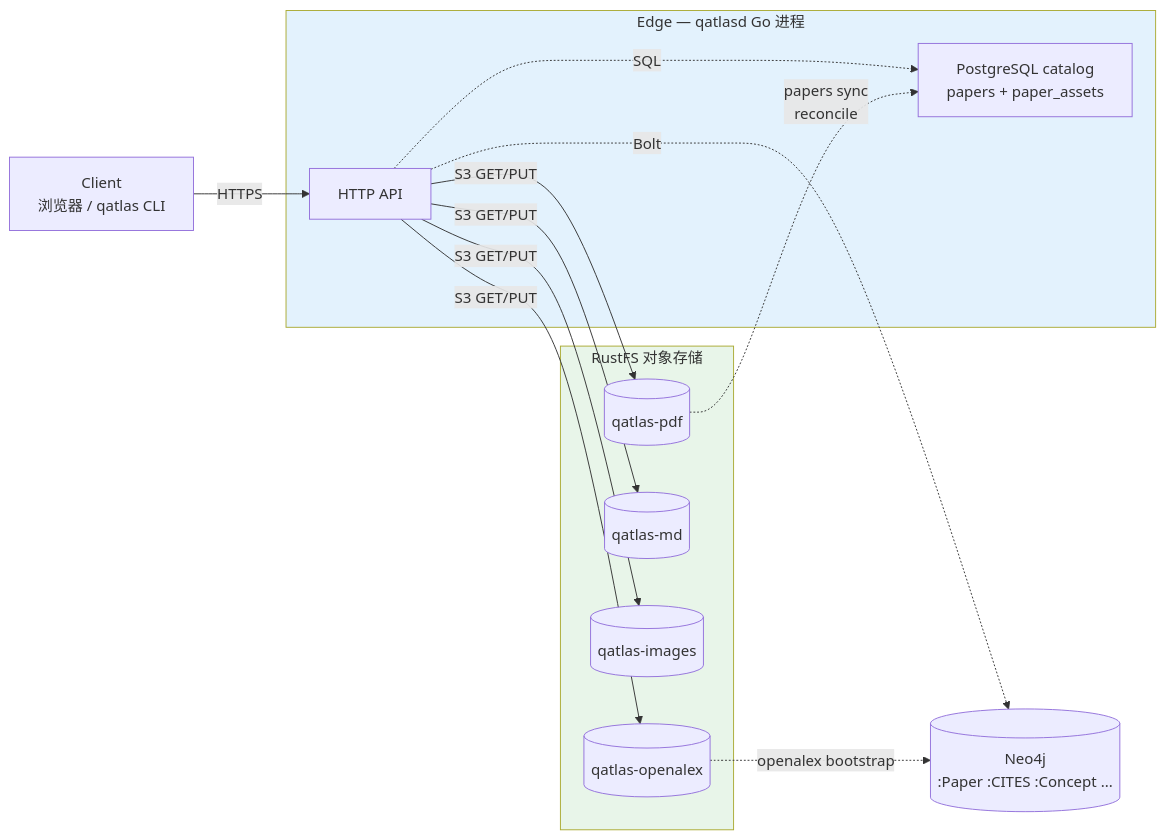
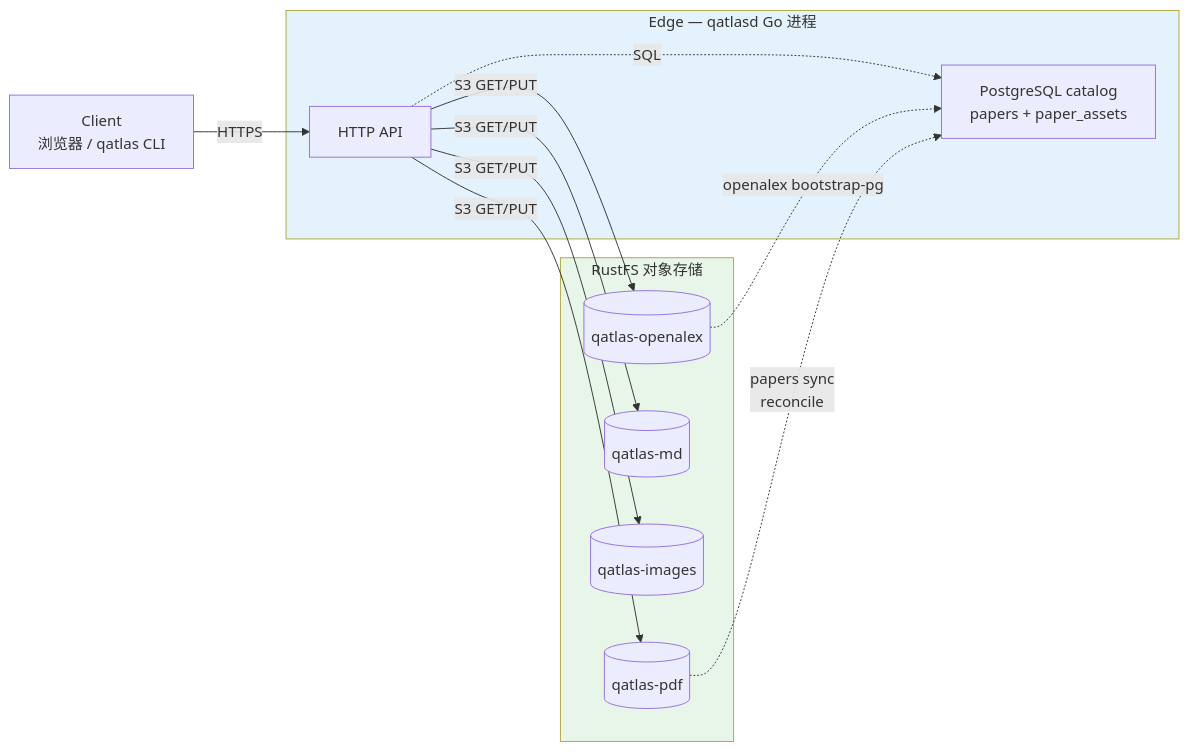
The diagram in docs/concepts/storage-architecture.md (IAI-USTC-Quantum/QuantumAtlas), drawn with Mermaid before and after one commit. The commit also changed other lines of this file and 378 other files, not shown here.

````diff
--- a/docs/concepts/storage-architecture.md
+++ b/docs/concepts/storage-architecture.md
@@ -69,32 +69,29 @@
 ```mermaid
 flowchart LR
     USER[Client<br/>浏览器 / qatlas CLI]
 
     subgraph EDGE ["Edge — qatlasd Go 进程"]
         API[HTTP API]
         PG[PostgreSQL catalog<br/>papers + paper_assets]
         API -.->|SQL| PG
     end
 
     subgraph RUSTFS ["RustFS 对象存储"]
         PDF[(qatlas-pdf)]
         MD[(qatlas-md)]
         IMG[(qatlas-images)]
         OA[(qatlas-openalex)]
     end
 
-    NEO[(Neo4j<br/>:Paper :CITES :Concept ...)]
-
     USER -->|HTTPS| API
     API -->|S3 GET/PUT| PDF
     API -->|S3 GET/PUT| MD
     API -->|S3 GET/PUT| IMG
     API -->|S3 GET/PUT| OA
-    API -.->|Bolt| NEO
 
-    OA -.->|openalex bootstrap| NEO
+    OA -.->|openalex bootstrap-pg| PG
     PDF -.->|papers sync<br/>reconcile| PG
 
     style RUSTFS fill:#e8f5e9
     style EDGE fill:#e3f2fd
 ```
````
